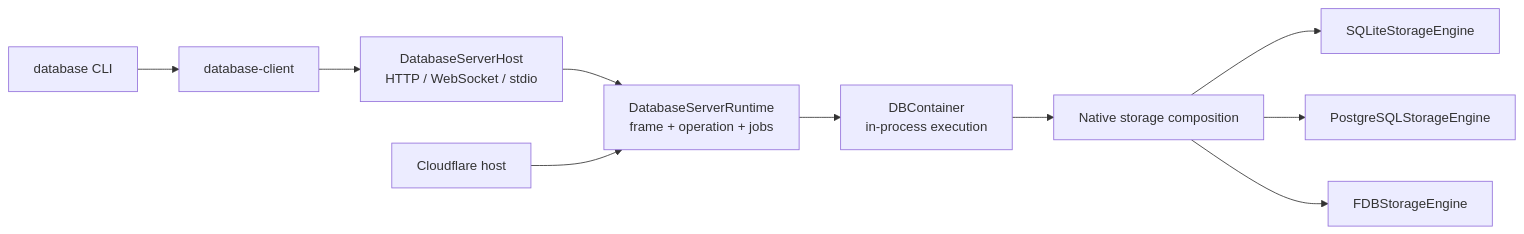
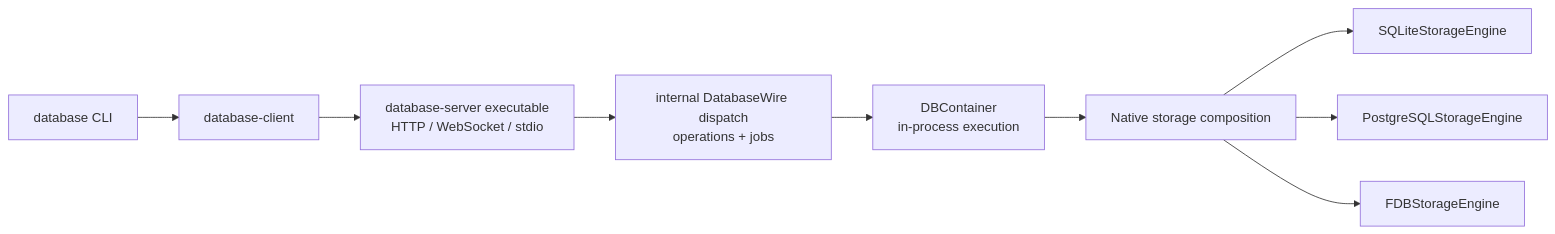
The diagram in README.md (1amageek/database-server), drawn with Mermaid before and after one commit. The commit also changed other lines of this file and 88 other files, not shown here.

Commit message:
Align standalone server with framework execution boundaries

````diff
--- a/README.md
+++ b/README.md
@@ -45,13 +33,11 @@
 ```mermaid
 flowchart LR
     CLI["database CLI"] --> Client["database-client"]
-    Client --> Host["DatabaseServerHost<br/>HTTP / WebSocket / stdio"]
-    Host --> Runtime["DatabaseServerRuntime<br/>frame + operation + jobs"]
-    Runtime --> Container["DBContainer<br/>in-process execution"]
+    Client --> Server["database-server executable<br/>HTTP / WebSocket / stdio"]
+    Server --> Dispatch["internal DatabaseWire dispatch<br/>operations + jobs"]
+    Dispatch --> Container["DBContainer<br/>in-process execution"]
     Container --> Factory["Native storage composition"]
     Factory --> SQLite["SQLiteStorageEngine"]
     Factory --> PostgreSQL["PostgreSQLStorageEngine"]
     Factory --> FDB["FDBStorageEngine"]
-
-    Cloudflare["Cloudflare host"] --> Runtime
 ```
````
